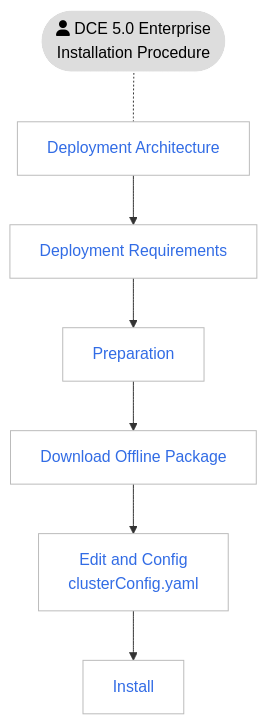
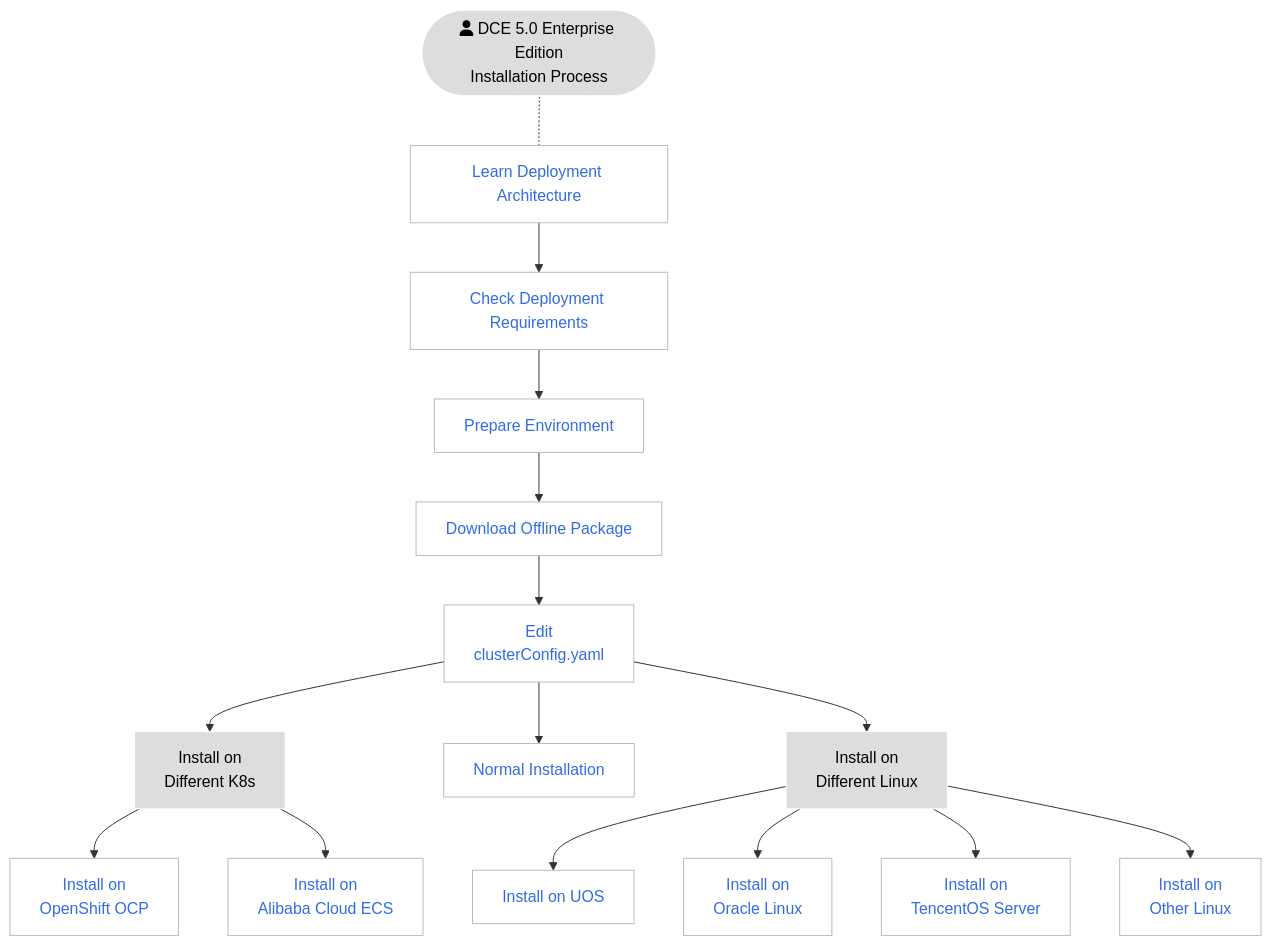
The second of 2 diagrams in docs/en/docs/install/index.md (DaoCloud/DaoCloud-docs), drawn with Mermaid before and after one commit. The commit also changed other lines of this file and 1 other file, not shown here.

Commit message:
[en] update install index mermaid

````diff
--- a/docs/en/docs/install/index.md
+++ b/docs/en/docs/install/index.md
@@ -119,27 +117,45 @@
 ```mermaid
 flowchart TB
 
-    start([fa:fa-user DCE 5.0 Enterprise<br>Installation Procedure]) -.- arch[Deployment Architecture]
-    arch --> deploy[Deployment Requirements]
-    deploy --> prepare[Preparation]
+    start([fa:fa-user DCE 5.0 Enterprise Edition<br>Installation Process]) -.- arch[Learn Deployment Architecture]
+    arch --> deploy[Check Deployment Requirements]
+    deploy --> prepare[Prepare Environment]
     prepare --> download[Download Offline Package]
-    download --> config[Edit and Config<br>clusterConfig.yaml]
-    config --> install[Install]
+    download --> config[Edit<br>clusterConfig.yaml]
+    
+    config --> other-k8s[Install on<br>Different K8s]
+    config --> install[Normal Installation]
+    config --> other-os[Install on<br>Different Linux]
+
+    other-k8s --> ocp[Install on<br>OpenShift OCP]
+    other-k8s --> ali[Install on<br>Alibaba Cloud ECS]
+
+    other-os --> uos[Install on UOS]
+    other-os --> oracle[Install on<br>Oracle Linux]
+    other-os --> tencent[Install on<br>TencentOS Server]
+    other-os --> other[Install on<br>Other Linux]
+
 
 classDef grey fill:#dddddd,stroke:#ffffff,stroke-width:1px,color:#000000, font-size:15px;
 classDef white fill:#ffffff,stroke:#000,stroke-width:1px,color:#000,font-weight:bold
 classDef spacewhite fill:#ffffff,stroke:#fff,stroke-width:0px,color:#000
 classDef plain fill:#ddd,stroke:#fff,stroke-width:1px,color:#000;
 classDef k8s fill:#326ce5,stroke:#fff,stroke-width:1px,color:#fff;
 classDef cluster fill:#fff,stroke:#bbb,stroke-width:1px,color:#326ce5;
 
-class arch,deploy,prepare,download,config,install cluster
-class start plain
+class arch,deploy,prepare,download,config,install,ocp,ali,uos,oracle,tencent,other cluster
+class start,other-k8s,other-os plain
 
-click arch "https://docs.daocloud.io/en/install/commercial/deploy-arch/"
-click deploy "https://docs.daocloud.io/en/install/commercial/deploy-requirements/"
-click prepare "https://docs.daocloud.io/en/install/commercial/prepare/"
-click download "https://docs.daocloud.io/en/install/commercial/start-install/#step-1-download-offline-package"
-click config "https://docs.daocloud.io/en/install/commercial/start-install/#step-2-configure-the-cluster-configuration-file"
-click install "https://docs.daocloud.io/en/install/commercial/start-install/#step-3-start-the-installation"
+click arch "https://docs.daocloud.io/en/install/commercial/deploy-arch.html"
+click deploy "https://docs.daocloud.io/en/install/commercial/deploy-requirements.html"
+click prepare "https://docs.daocloud.io/en/install/commercial/prepare.html"
+click download "https://docs.daocloud.io/en/install/commercial/start-install.html#step-1-download-the-offline-package"
+click config "https://docs.daocloud.io/en/install/commercial/start-install.html#step-2-configure-clusterconfigyaml"
+click install "https://docs.daocloud.io/en/install/commercial/start-install.html#step-3-start-installation"
+click ocp "https://docs.daocloud.io/en/install/k8s-install/ocp-install-dce5.0.html"
+click ali "https://docs.daocloud.io/en/install/k8s-install/ecs-install-dce5.0.html"
+click uos "https://docs.daocloud.io/en/install/os-install/uos-v20-install-dce5.0.html"
+click oracle "https://docs.daocloud.io/en/install/os-install/oracleLinux-install-dce5.0.html"
+click tencent "https://docs.daocloud.io/en/install/os-install/TencentOS-install-dce5.0.html"
+click other "https://docs.daocloud.io/en/install/os-install/otherlinux.html"
 ```
````
